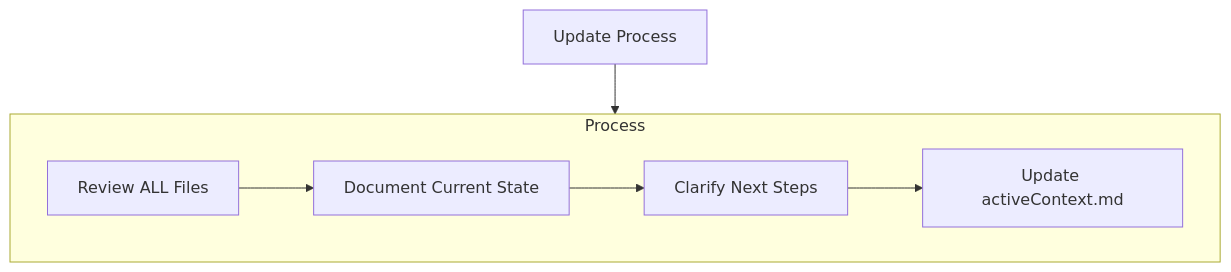
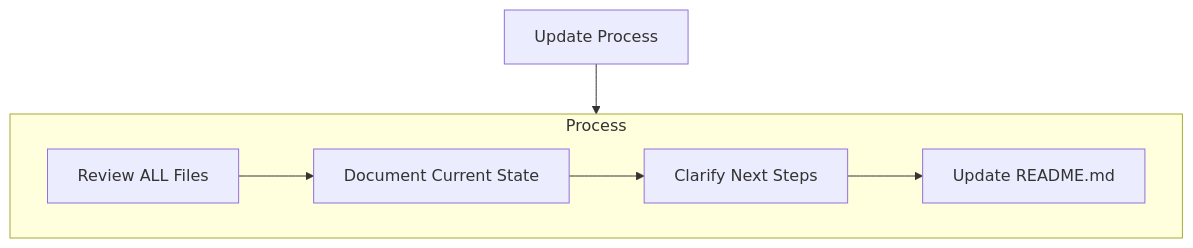
The fourth of 5 diagrams in .memory-bank/memory-bank-rules.md (ofidj/fidj-node), drawn with Mermaid before and after one commit. The commit also changed other lines of this file and 26 other files, not shown here.

````diff
--- a/.memory-bank/memory-bank-rules.md
+++ b/.memory-bank/memory-bank-rules.md
@@ -117,15 +117,15 @@
 ```mermaid
 flowchart TD
     Start[Update Process]
     
     subgraph Process
         P1[Review ALL Files]
         P2[Document Current State]
         P3[Clarify Next Steps]
-        P4[Update activeContext.md]
+        P4[Update README.md]
         
         P1 --> P2 --> P3 --> P4
     end
     
     Start --> Process
 ```
````
